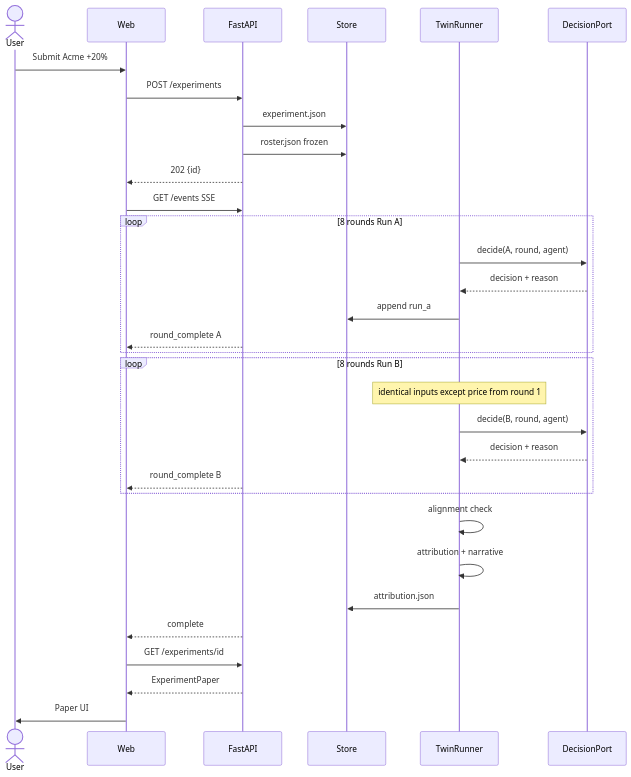
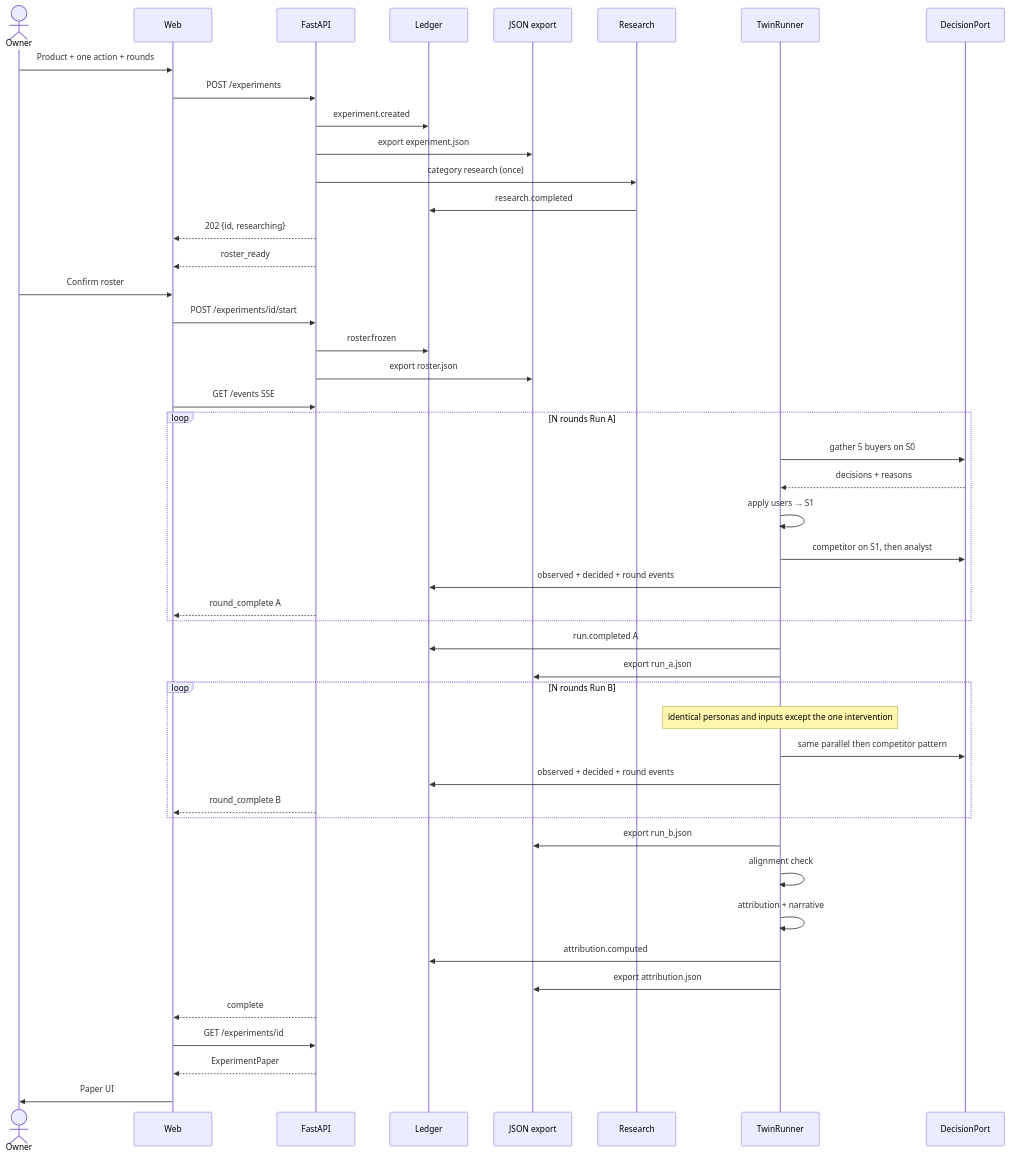
The sixth of 6 diagrams in architecture.md (manu042k/CursorHackathon), drawn with Mermaid before and after one commit. The commit also changed other lines of this file and 7 other files, not shown here.

Commit message:
Lock the owner flow in docs: research, confirm roster, tunable rounds, and paper figures.

````diff
--- a/architecture.md
+++ b/architecture.md
@@ -805,34 +1048,49 @@
 ```mermaid
 sequenceDiagram
-  actor U as User
+  actor U as Owner
   participant W as Web
   participant API as FastAPI
-  participant S as Store
+  participant L as Ledger
+  participant S as JSON export
+  participant Res as Research
   participant R as TwinRunner
   participant G as DecisionPort
-  U->>W: Submit Acme +20%
+  U->>W: Product + one action + rounds
   W->>API: POST /experiments
-  API->>S: experiment.json
-  API->>S: roster.json frozen
-  API-->>W: 202 {id}
+  API->>L: experiment.created
+  API->>S: export experiment.json
+  API->>Res: category research (once)
+  Res->>L: research.completed
+  API-->>W: 202 {id, researching}
+  API-->>W: roster_ready
+  U->>W: Confirm roster
+  W->>API: POST /experiments/id/start
+  API->>L: roster.frozen
+  API->>S: export roster.json
   W->>API: GET /events SSE
-  loop 8 rounds Run A
-    R->>G: decide(A, round, agent)
-    G-->>R: decision + reason
-    R->>S: append run_a
+  loop N rounds Run A
+    R->>G: gather 5 buyers on S0
+    G-->>R: decisions + reasons
+    R->>R: apply users → S1
+    R->>G: competitor on S1, then analyst
+    R->>L: observed + decided + round events
     API-->>W: round_complete A
   end
-  loop 8 rounds Run B
-    Note over R: identical inputs except price from round 1
-    R->>G: decide(B, round, agent)
-    G-->>R: decision + reason
+  R->>L: run.completed A
+  R->>S: export run_a.json
+  loop N rounds Run B
+    Note over R: identical personas and inputs except the one intervention
+    R->>G: same parallel then competitor pattern
+    R->>L: observed + decided + round events
     API-->>W: round_complete B
   end
+  R->>S: export run_b.json
   R->>R: alignment check
   R->>R: attribution + narrative
-  R->>S: attribution.json
+  R->>L: attribution.computed
+  R->>S: export attribution.json
   API-->>W: complete
   W->>API: GET /experiments/id
   API-->>W: ExperimentPaper
   W->>U: Paper UI
 ```
````
